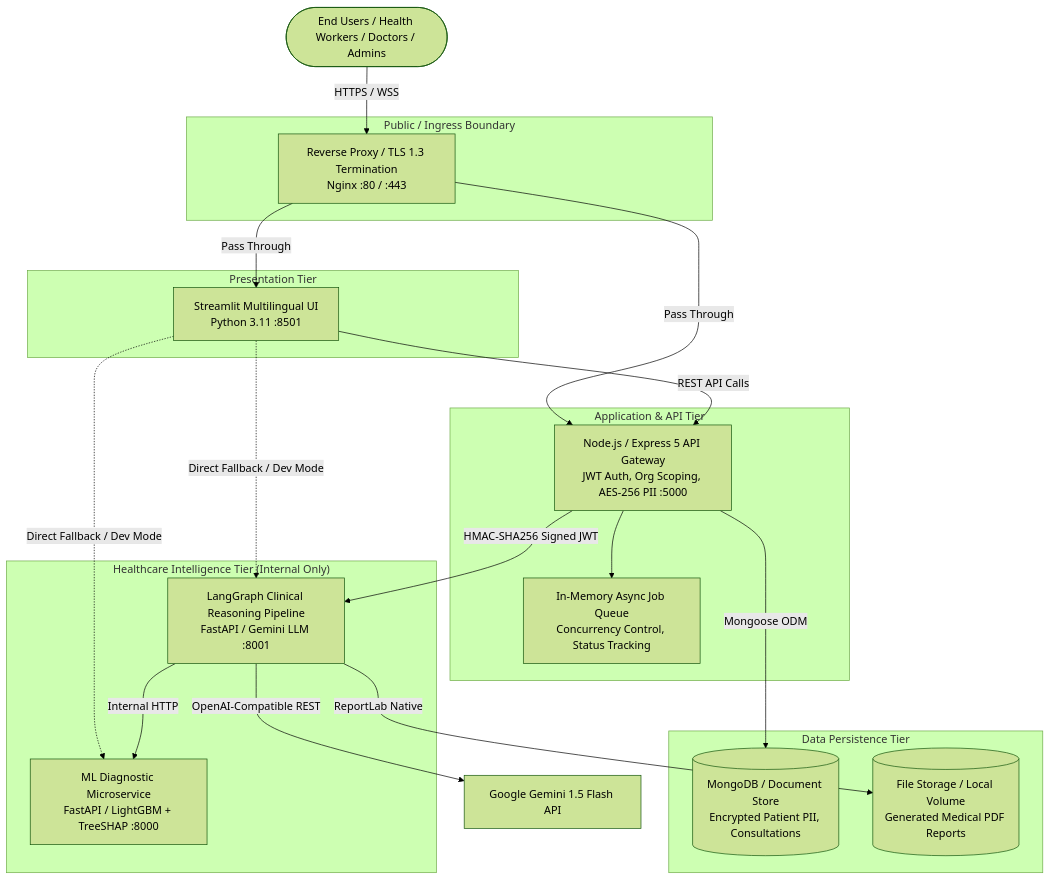
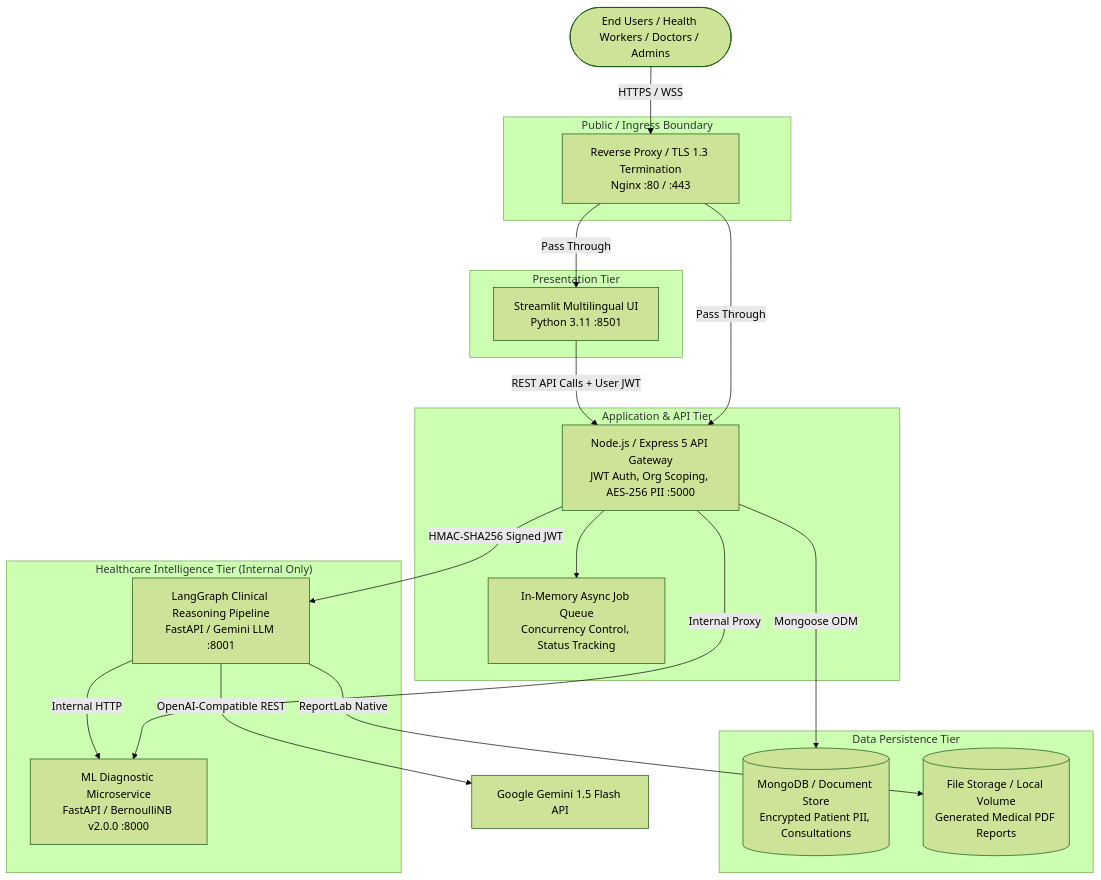
The first of 2 diagrams in docs/ARCHITECTURE.md (satyam7535/ArogyaMitra), drawn with Mermaid (forest theme) before and after one commit. The commit also changed 29 other files, not shown here.

````diff
--- a/docs/ARCHITECTURE.md
+++ b/docs/ARCHITECTURE.md
@@ -13,44 +13,45 @@
 ```mermaid
 graph TD
     User([End Users / Health Workers / Doctors / Admins])
     Proxy[Reverse Proxy / TLS 1.3 Termination<br/>Nginx :80 / :443]
     
     subgraph DMZ["Public / Ingress Boundary"]
         Proxy
     end
 
     subgraph PresentationTier["Presentation Tier"]
         StreamlitUI["Streamlit Multilingual UI<br/>Python 3.11 :8501"]
     end
 
     subgraph ApplicationTier["Application & API Tier"]
         ExpressBackend["Node.js / Express 5 API Gateway<br/>JWT Auth, Org Scoping, AES-256 PII :5000"]
         JobQueue["In-Memory Async Job Queue<br/>Concurrency Control, Status Tracking"]
     end
 
     subgraph IntelligenceTier["Healthcare Intelligence Tier (Internal Only)"]
-        MLService["ML Diagnostic Microservice<br/>FastAPI / LightGBM + TreeSHAP :8000"]
+        MLService["ML Diagnostic Microservice<br/>FastAPI / BernoulliNB v2.0.0 :8000"]
         GraphService["LangGraph Clinical Reasoning Pipeline<br/>FastAPI / Gemini LLM :8001"]
     end
 
     subgraph DataTier["Data Persistence Tier"]
         MongoDB[(MongoDB / Document Store<br/>Encrypted Patient PII, Consultations)]
         DiskStorage[(File Storage / Local Volume<br/>Generated Medical PDF Reports)]
     end
 
     User -->|HTTPS / WSS| Proxy
     Proxy -->|Pass Through| StreamlitUI
     Proxy -->|Pass Through| ExpressBackend
     
-    StreamlitUI -->|REST API Calls| ExpressBackend
-    StreamlitUI -.->|Direct Fallback / Dev Mode| MLService
-    StreamlitUI -.->|Direct Fallback / Dev Mode| GraphService
+    StreamlitUI -->|REST API Calls + User JWT| ExpressBackend
+    ExpressBackend -->|Internal Proxy| MLService
+
+
 
     ExpressBackend --> JobQueue
     ExpressBackend -->|Mongoose ODM| MongoDB
     ExpressBackend -->|HMAC-SHA256 Signed JWT| GraphService
     
     GraphService -->|Internal HTTP| MLService
     GraphService -->|OpenAI-Compatible REST| GeminiAPI[Google Gemini 1.5 Flash API]
     GraphService -->|ReportLab Native| DiskStorage
 ```
````
